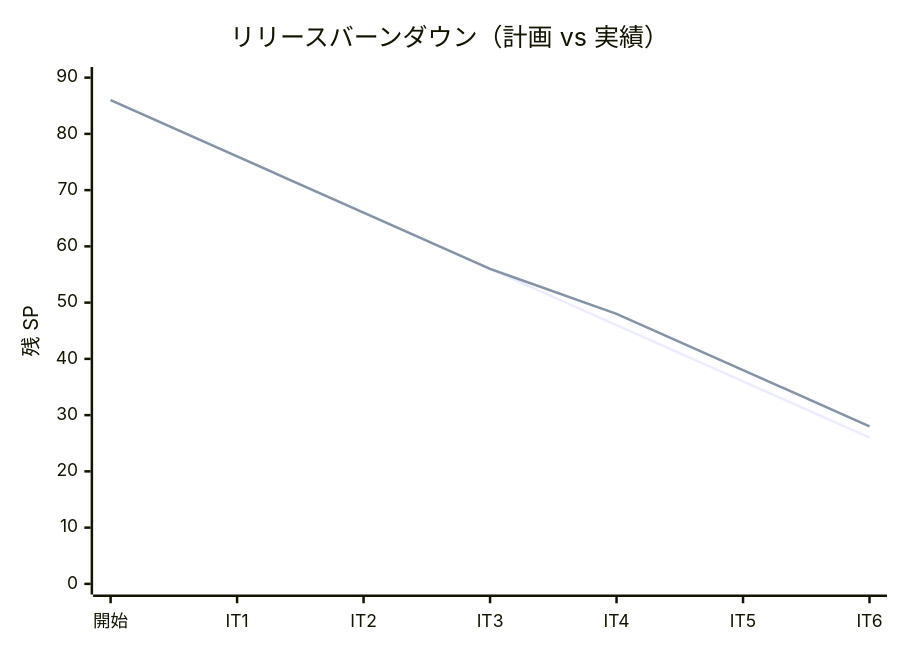
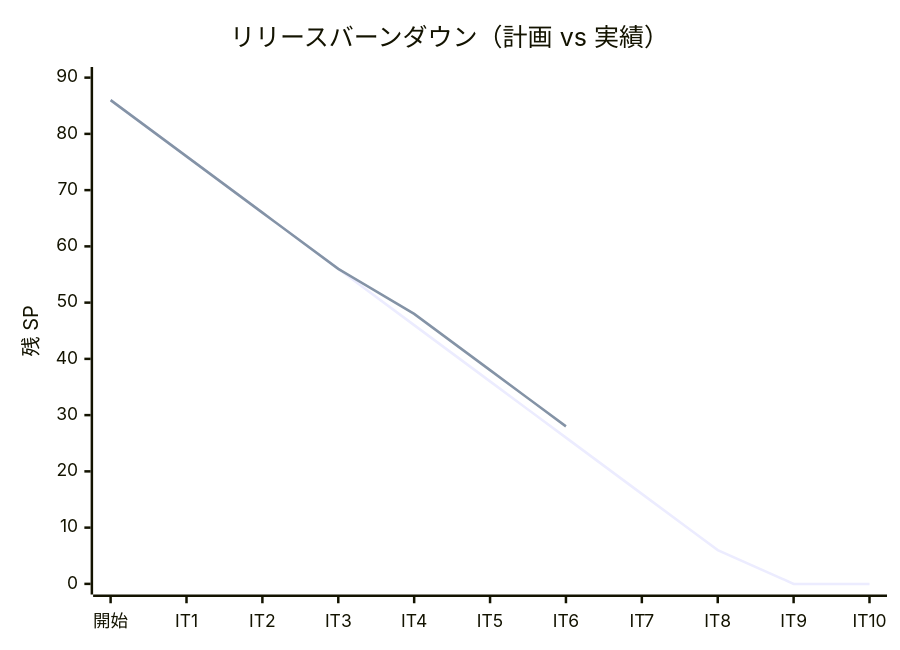
Before and after one commit to k2works/case-study-cargo-tracker: the third of 3 diagrams in docs/development/release_plan.md, drawn with Mermaid. The commit also changed other lines of this file and 4 other files, not shown here.

````diff
--- a/docs/development/release_plan.md
+++ b/docs/development/release_plan.md
@@ -380,8 +461,8 @@
 ```mermaid
 xychart-beta
     title "リリースバーンダウン（計画 vs 実績）"
-    x-axis ["開始", "IT1", "IT2", "IT3", "IT4", "IT5", "IT6"]
+    x-axis ["開始", "IT1", "IT2", "IT3", "IT4", "IT5", "IT6", "IT7", "IT8", "IT9", "IT10"]
     y-axis "残 SP" 0 --> 90
-    line "計画" [86, 76, 66, 56, 46, 36, 26]
+    line "計画" [86, 76, 66, 56, 46, 36, 26, 16, 6, 0, 0]
     line "実績" [86, 76, 66, 56, 48, 38, 28]
 ```
````
